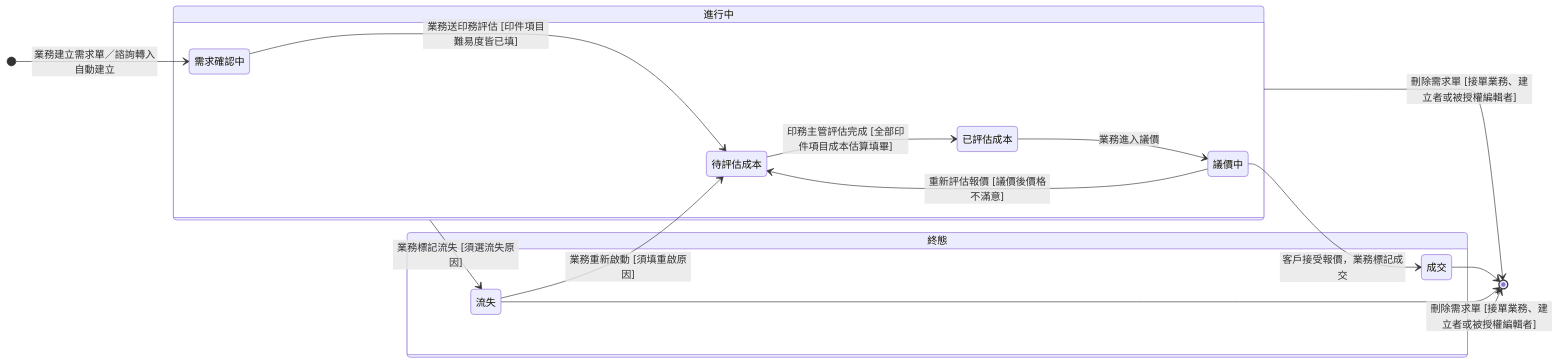
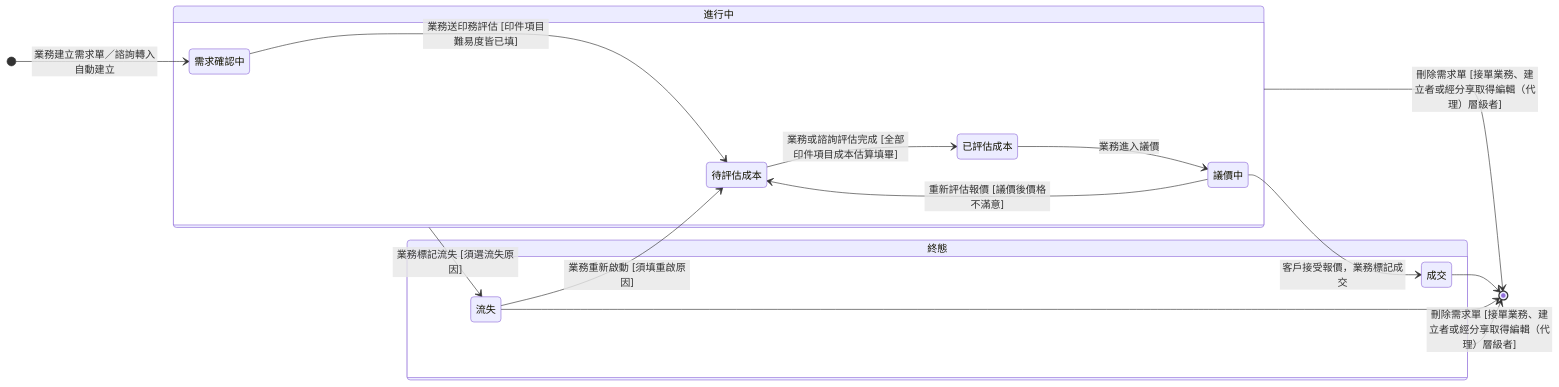
Before and after one commit to Kawato-Miles/erp-spec: the diagram in memory/Sens_wiki/wiki/erp/06-state-machines/需求單狀態.md, drawn with Mermaid. The commit also changed other lines of this file and 29 other files, not shown here.

````diff
--- a/memory/Sens_wiki/wiki/erp/06-state-machines/需求單狀態.md
+++ b/memory/Sens_wiki/wiki/erp/06-state-machines/需求單狀態.md
@@ -41,32 +42,32 @@
 ```mermaid
 stateDiagram-v2
     direction LR
 
     [*] --> s_confirm : 業務建立需求單／諮詢轉入自動建立
 
     state "進行中" as InProgress {
         direction LR
         state "需求確認中" as s_confirm
         state "待評估成本" as s_wait
         state "已評估成本" as s_est
         state "議價中" as s_nego
         s_confirm --> s_wait : 業務送印務評估 [印件項目難易度皆已填]
-        s_wait --> s_est : 印務主管評估完成 [全部印件項目成本估算填畢]
+        s_wait --> s_est : 業務或諮詢評估完成 [全部印件項目成本估算填畢]
         s_est --> s_nego : 業務進入議價
         s_nego --> s_wait : 重新評估報價 [議價後價格不滿意]
     }
 
     state "終態" as Final {
         state "成交" as s_won
         state "流失" as s_lost
     }
 
     s_nego --> s_won : 客戶接受報價，業務標記成交
     InProgress --> s_lost : 業務標記流失 [須選流失原因]
     s_lost --> s_wait : 業務重新啟動 [須填重啟原因]
 
     s_won --> [*]
     s_lost --> [*]
-    InProgress --> [*] : 刪除需求單 [接單業務、建立者或被授權編輯者]
-    Final --> [*] : 刪除需求單 [接單業務、建立者或被授權編輯者]
+    InProgress --> [*] : 刪除需求單 [接單業務、建立者或經分享取得編輯（代理）層級者]
+    Final --> [*] : 刪除需求單 [接單業務、建立者或經分享取得編輯（代理）層級者]
 ```
````
